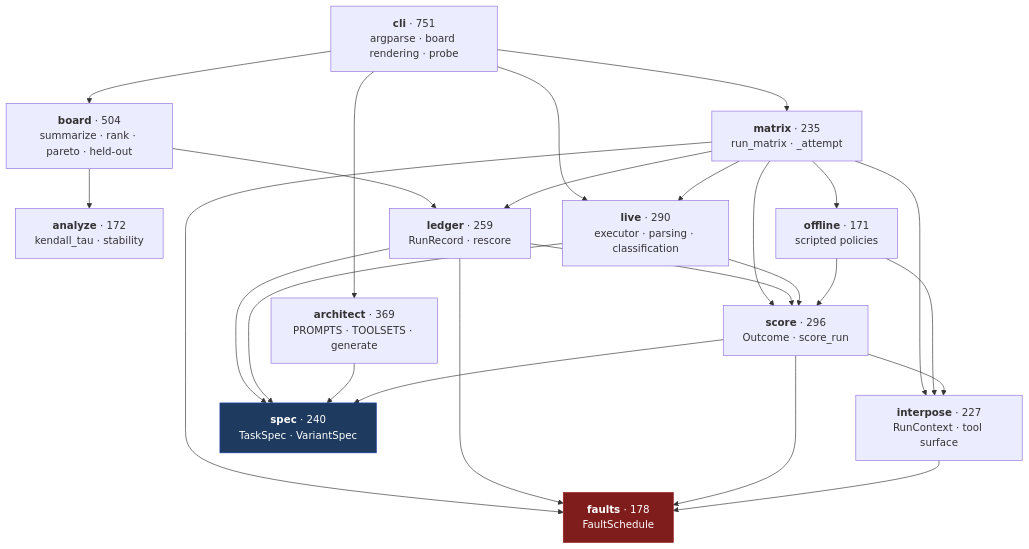
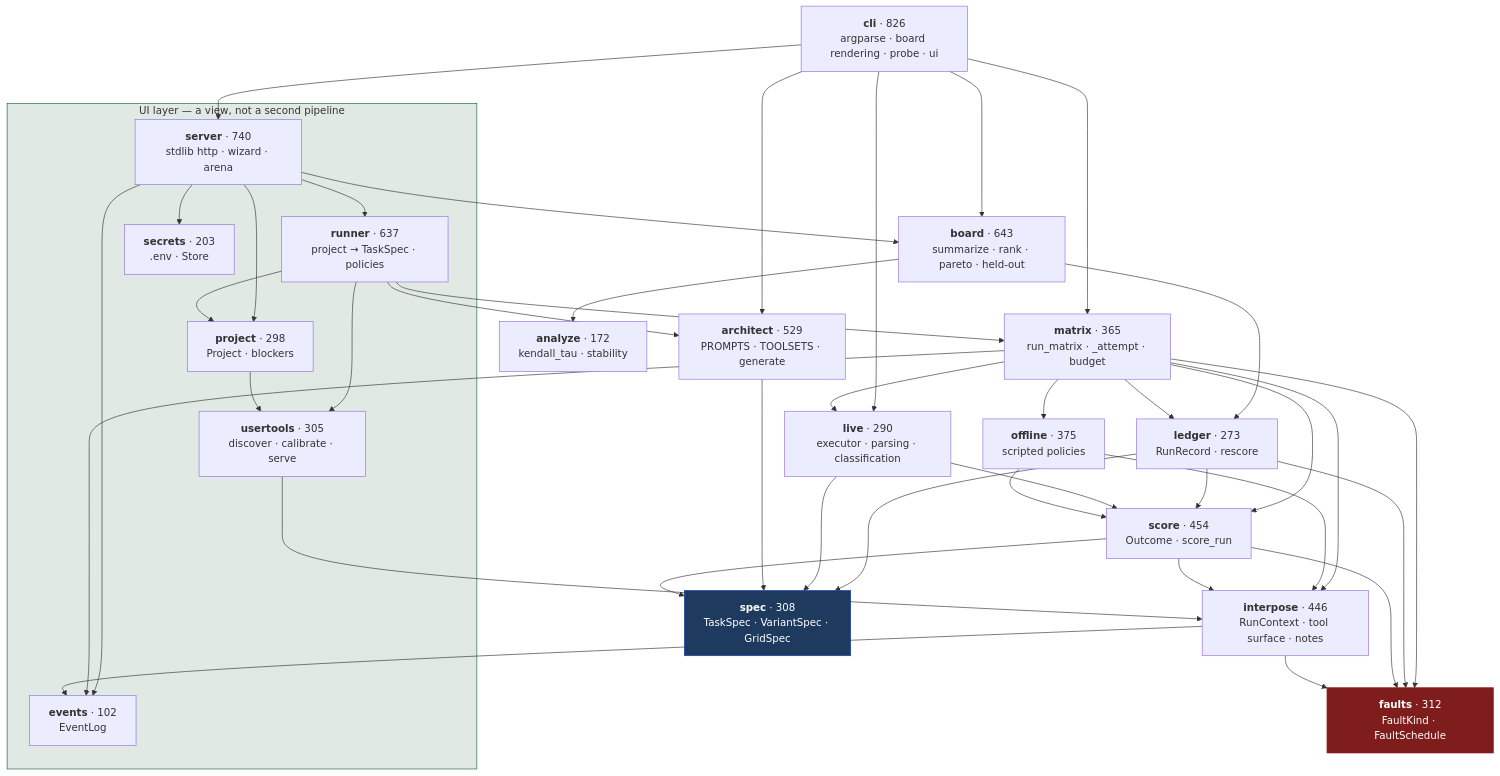
One commit to Mehul-Gupta-SMH/agent-gauntlet changed the first of 4 diagrams in docs/architecture/lld.md. Above: the diagram before and after it, drawn with Mermaid. The commit also changed other lines of this file and 5 other files, not shown here.

````diff
--- a/docs/architecture/lld.md
+++ b/docs/architecture/lld.md
@@ -9,28 +9,42 @@
 ```mermaid
 flowchart TD
-    CLI["<b>cli</b> · 751<br/>argparse · board rendering · probe"]
-    BOARD["<b>board</b> · 504<br/>summarize · rank · pareto · held-out"]
+    subgraph ui["UI layer — a view, not a second pipeline"]
+        SERVER["<b>server</b> · 740<br/>stdlib http · wizard · arena"]
+        RUNNER["<b>runner</b> · 637<br/>project → TaskSpec · policies"]
+        USERT["<b>usertools</b> · 305<br/>discover · calibrate · serve"]
+        PROJECT["<b>project</b> · 298<br/>Project · blockers"]
+        SECRETS["<b>secrets</b> · 203<br/>.env · Store"]
+        EVENTS["<b>events</b> · 102<br/>EventLog"]
+    end
+
+    CLI["<b>cli</b> · 826<br/>argparse · board rendering · probe · ui"]
+    BOARD["<b>board</b> · 643<br/>summarize · rank · pareto · held-out"]
+    ARCH["<b>architect</b> · 529<br/>PROMPTS · TOOLSETS · generate"]
+    SCORE["<b>score</b> · 454<br/>Outcome · score_run"]
+    INTER["<b>interpose</b> · 446<br/>RunContext · tool surface · notes"]
+    OFFLINE["<b>offline</b> · 375<br/>scripted policies"]
+    MATRIX["<b>matrix</b> · 365<br/>run_matrix · _attempt · budget"]
+    FAULTS["<b>faults</b> · 312<br/>FaultKind · FaultSchedule"]
+    SPEC["<b>spec</b> · 308<br/>TaskSpec · VariantSpec · GridSpec"]
+    LIVE["<b>live</b> · 290<br/>executor · parsing · classification"]
+    LEDGER["<b>ledger</b> · 273<br/>RunRecord · rescore"]
     ANALYZE["<b>analyze</b> · 172<br/>kendall_tau · stability"]
-    MATRIX["<b>matrix</b> · 235<br/>run_matrix · _attempt"]
-    LEDGER["<b>ledger</b> · 259<br/>RunRecord · rescore"]
-    LIVE["<b>live</b> · 290<br/>executor · parsing · classification"]
-    OFFLINE["<b>offline</b> · 171<br/>scripted policies"]
-    ARCH["<b>architect</b> · 369<br/>PROMPTS · TOOLSETS · generate"]
-    SCORE["<b>score</b> · 296<br/>Outcome · score_run"]
-    INTER["<b>interpose</b> · 227<br/>RunContext · tool surface"]
-    FAULTS["<b>faults</b> · 178<br/>FaultSchedule"]
-    SPEC["<b>spec</b> · 240<br/>TaskSpec · VariantSpec"]
 
-    CLI --> BOARD & MATRIX & ARCH & LIVE
+    CLI --> BOARD & MATRIX & ARCH & LIVE & SERVER
+    SERVER --> PROJECT & RUNNER & SECRETS & EVENTS & BOARD
+    RUNNER --> MATRIX & USERT & PROJECT & ARCH
+    PROJECT --> USERT
+    USERT --> INTER
     BOARD --> LEDGER & ANALYZE
-    MATRIX --> LEDGER & SCORE & LIVE & OFFLINE & INTER & FAULTS
+    MATRIX --> LEDGER & SCORE & LIVE & OFFLINE & INTER & FAULTS & EVENTS
     LEDGER --> SCORE & FAULTS & SPEC
     LIVE --> SCORE & SPEC
     OFFLINE --> INTER & SCORE
     ARCH --> SPEC
     SCORE --> INTER & FAULTS & SPEC
-    INTER --> FAULTS
+    INTER --> FAULTS & EVENTS
 
     style SPEC fill:#1e3a5f,stroke:#1e40af,color:#fff
     style FAULTS fill:#7f1d1d,stroke:#991b1b,color:#fff
+    style ui fill:#14532d20,stroke:#166534
 ```
````
